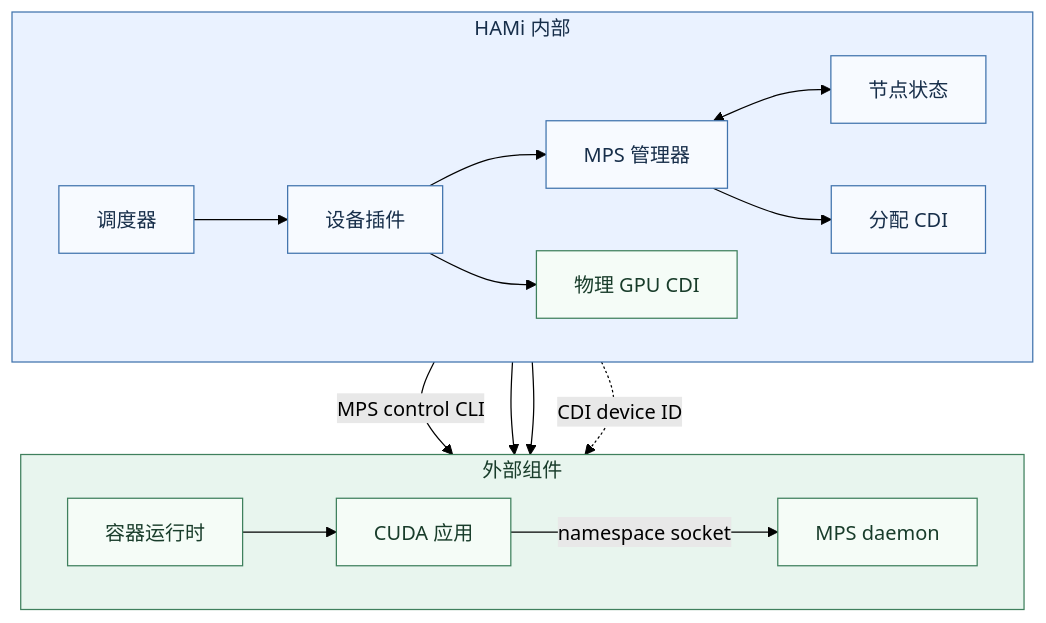
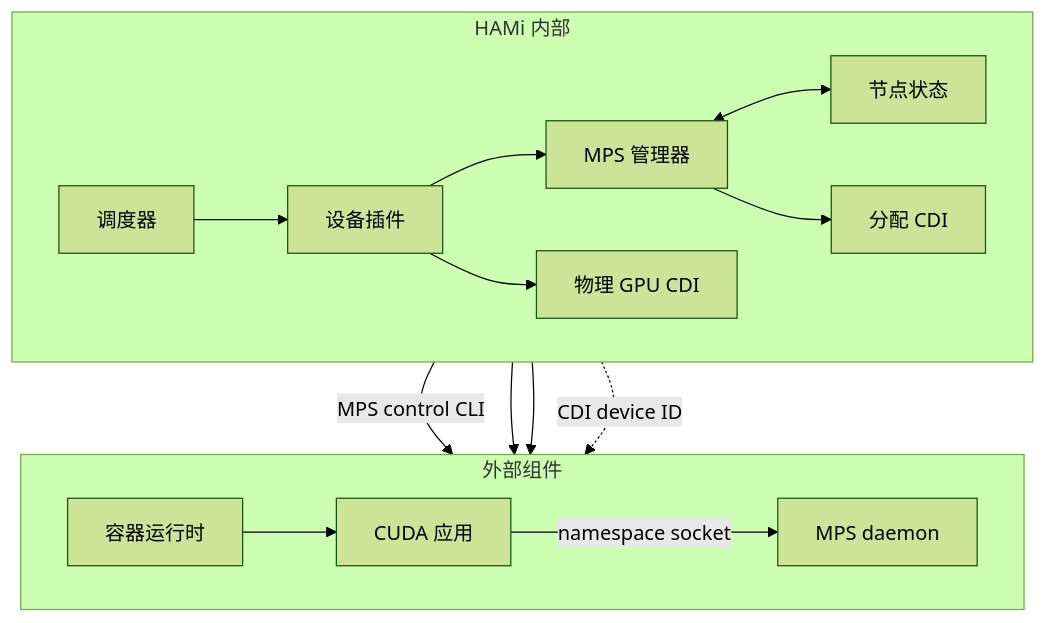
One commit to Project-HAMi/website changed the first of 2 diagrams in i18n/zh/docusaurus-plugin-content-docs/current/developers/mps-v3-design.md. Above: the diagram before and after it, drawn with Mermaid (forest theme). The commit also changed other lines of this file and 3 other files, not shown here.

````diff
--- a/i18n/zh/docusaurus-plugin-content-docs/current/developers/mps-v3-design.md
+++ b/i18n/zh/docusaurus-plugin-content-docs/current/developers/mps-v3-design.md
@@ -11,28 +11,25 @@
 ```mermaid
+%% title: MPS v3 后端架构
 flowchart TB
     subgraph HAMi["HAMi 内部"]
         direction LR
         S["调度器"] --> D["设备插件"]
         D --> M["MPS 管理器"]
         M <--> ST["节点状态"]
         D --> G["物理 GPU CDI"]
         M --> A["分配 CDI"]
     end
     subgraph External["外部组件"]
         direction LR
         N["MPS daemon"]
         R["容器运行时"]
         R --> W["CUDA 应用"]
         W -->|namespace socket| N
     end
     M -->|MPS control CLI| N
     A --> R
     G --> R
     D -.->|CDI device ID| R
-    style HAMi fill:#eaf2ff,stroke:#4073ad,color:#172e4a
-    style External fill:#e8f5ee,stroke:#3f805d,color:#183c2a
-    classDef internal fill:#f7faff,stroke:#4073ad,color:#172e4a
-    classDef external fill:#f5fcf7,stroke:#3f805d,color:#183c2a
-    class S,D,M,ST,A internal
-    class N,G,R,W external
+    class S,D,M,ST,G,A accent
+    class N,R,W info
 ```
````
